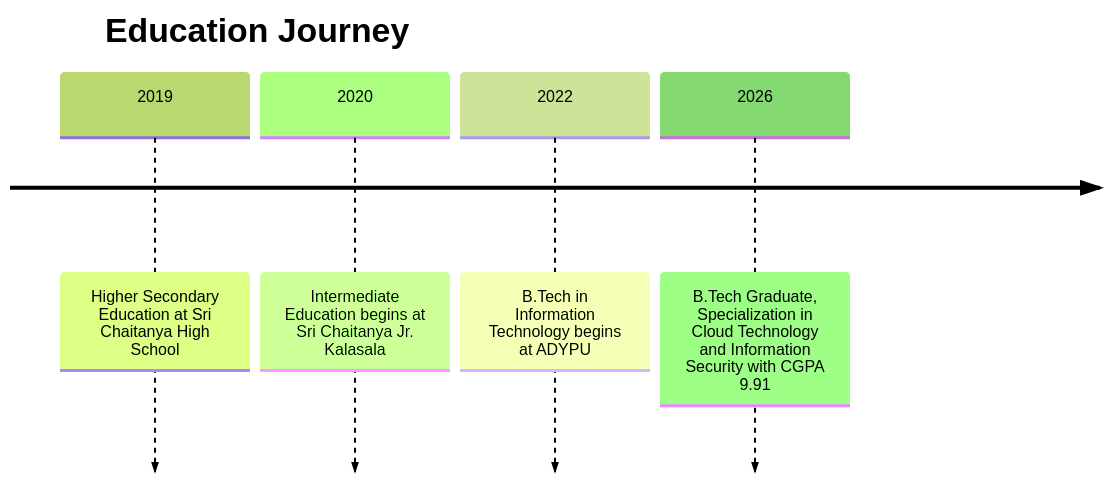
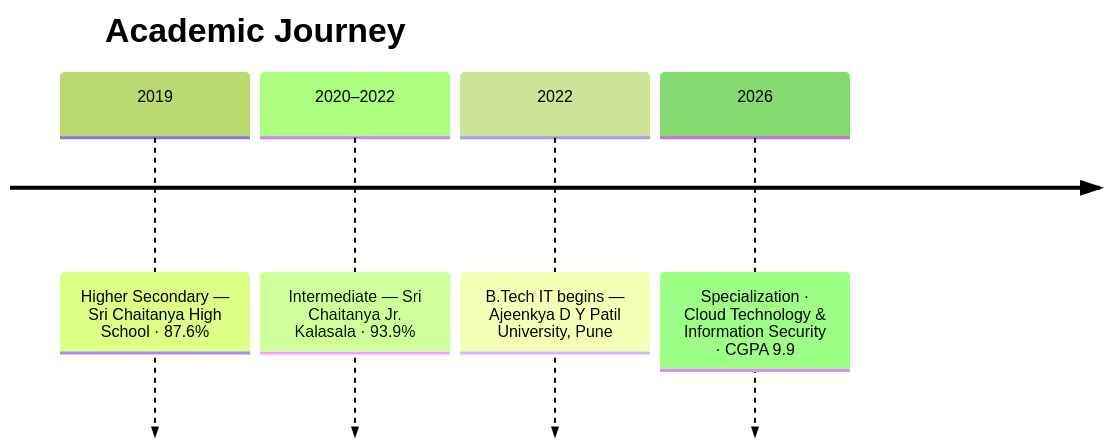
Before and after one commit to PriyanshuKSharma/PriyanshuKSharma: the second of 3 diagrams in README.md, drawn with Mermaid (forest theme). The commit also changed other lines of this file, not shown here.

````diff
--- a/README.md
+++ b/README.md
@@ -213,8 +291,8 @@
 ```mermaid
 timeline
-    title Education Journey
-    2019 : Higher Secondary Education at Sri Chaitanya High School
-    2020 : Intermediate Education begins at Sri Chaitanya Jr. Kalasala
-    2022 : B.Tech in Information Technology begins at ADYPU
-    2026 : B.Tech Graduate, Specialization in Cloud Technology and Information Security with CGPA 9.91
+    title Academic Journey
+    2019 : Higher Secondary — Sri Chaitanya High School · 87.6%
+    2020–2022 : Intermediate — Sri Chaitanya Jr. Kalasala · 93.9%
+    2022 : B.Tech IT begins — Ajeenkya D Y Patil University, Pune
+    2026 : Specialization · Cloud Technology & Information Security · CGPA 9.9
 ```
````
